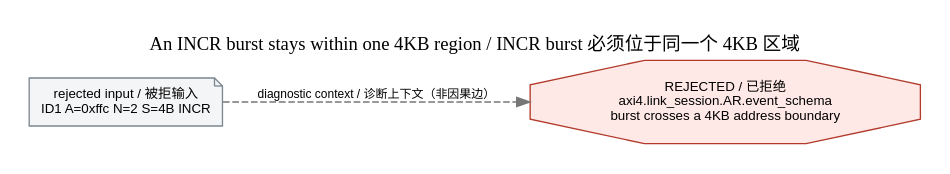
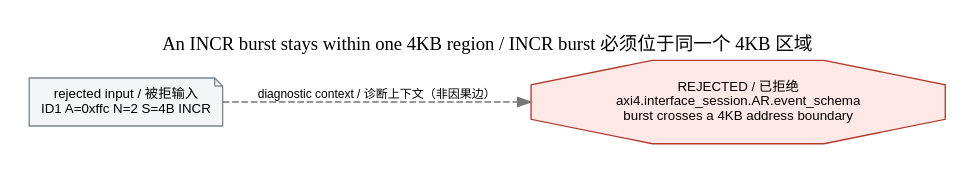
One commit to WhiteDeerPro/PROTOCOL_MODEL changed the diagram in showcase/generated/axi4/sources/cases/read-crosses-4kb-boundary/causality.dot. Above: the diagram before and after it, drawn with Graphviz. The commit also changed 755 other files, not shown here.

```diff
--- a/showcase/generated/axi4/sources/cases/read-crosses-4kb-boundary/causality.dot
+++ b/showcase/generated/axi4/sources/cases/read-crosses-4kb-boundary/causality.dot
@@ -1,11 +1,11 @@
 digraph axi4_case {
   rankdir=LR;
   label="An INCR burst stays within one 4KB region / INCR burst 必须位于同一个 4KB 区域";
   labelloc="t";
   graph [bgcolor="white", nodesep=0.4, ranksep=0.65, splines=polyline, pad=0.2];
   node [shape=box, style="rounded,filled", fillcolor="#eef5ff", color="#3169a8", fontname="sans-serif", fontsize=10];
   edge [color="#3169a8", fontname="sans-serif", fontsize=9];
   context [shape=note, style="filled", fillcolor="#f4f5f6", color="#7c8790", label="rejected input / 被拒输入\nID1 A=0xffc N=2 S=4B INCR"];
-  fault [shape=octagon, style="filled", fillcolor="#ffe9e7", color="#b33a2b", label="REJECTED / 已拒绝\naxi4.link_session.AR.event_schema\nburst crosses a 4KB address boundary"];
+  fault [shape=octagon, style="filled", fillcolor="#ffe9e7", color="#b33a2b", label="REJECTED / 已拒绝\naxi4.interface_session.AR.event_schema\nburst crosses a 4KB address boundary"];
   context -> fault [style=dashed, color="#777777", label="diagnostic context / 诊断上下文（非因果边）"];
 }
```
